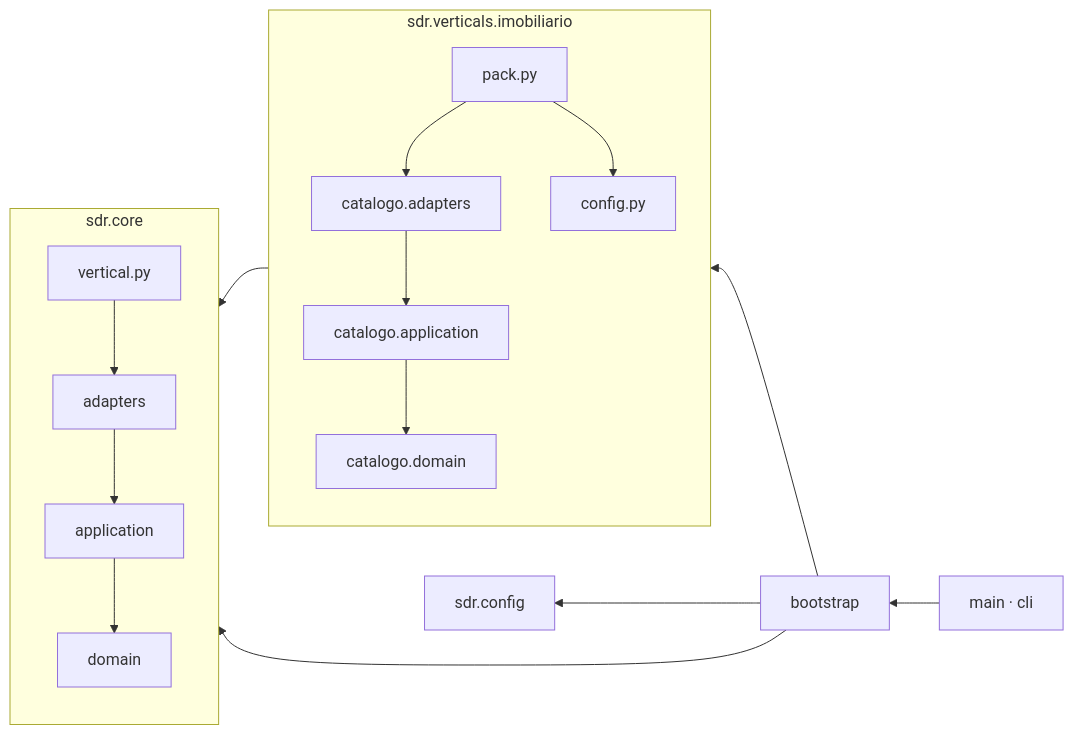
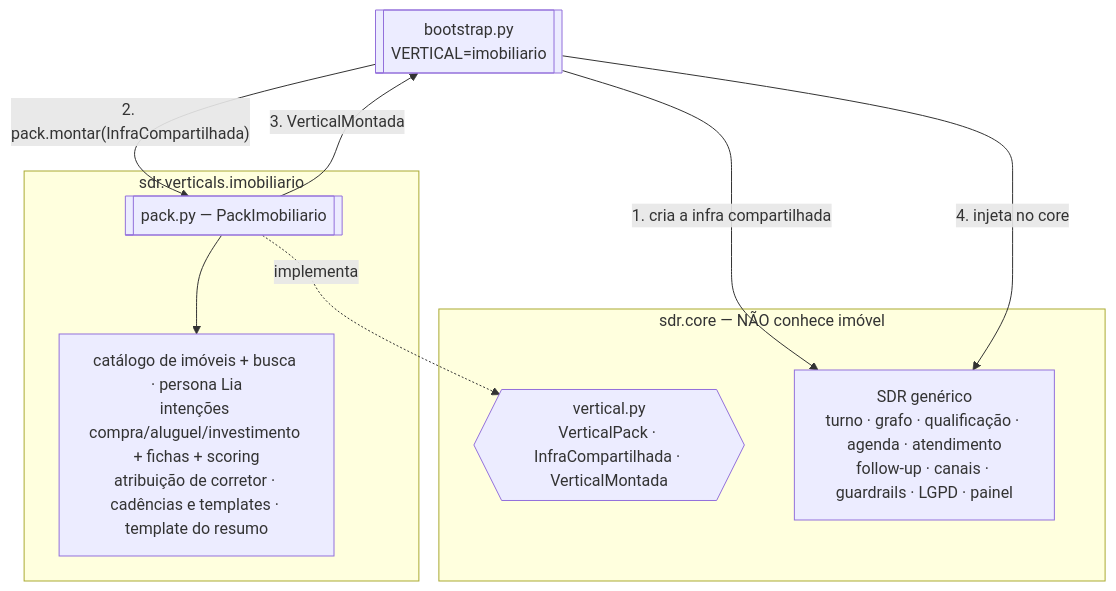
One commit to amaranini/tech-challenge-fase-5 changed the fourth of 13 diagrams in docs/arquitetura.md. Above: the diagram before and after it, drawn with Mermaid. The commit also changed other lines of this file and 22 other files, not shown here.

````diff
--- a/docs/arquitetura.md
+++ b/docs/arquitetura.md
@@ -160,16 +165,21 @@
 ```mermaid
-flowchart RL
-    subgraph core[sdr.core]
-        cadp[adapters] --> capp[application] --> cdom[domain]
-        cvert[vertical.py] --> cadp
+flowchart TB
+    boot[[bootstrap.py<br/>VERTICAL=imobiliario]]
+
+    subgraph core[sdr.core — NÃO conhece imóvel]
+        contrato{{vertical.py<br/>VerticalPack · InfraCompartilhada · VerticalMontada}}
+        generico[SDR genérico<br/>turno · grafo · qualificação · agenda · atendimento<br/>follow-up · canais · guardrails · LGPD · painel]
     end
+
     subgraph vert[sdr.verticals.imobiliario]
-        pack[pack.py] --> vadp[catalogo.adapters] --> vapp[catalogo.application] --> vdom[catalogo.domain]
-        pack --> vcfg[config.py]
+        pack[[pack.py — PackImobiliario]]
+        itens[catálogo de imóveis + busca · persona Lia<br/>intenções compra/aluguel/investimento + fichas + scoring<br/>atribuição de corretor · cadências e templates · template do resumo]
     end
-    vert --> core
-    bootstrap --> vert
-    bootstrap --> core
-    bootstrap --> config[sdr.config]
-    main_cli[main · cli] --> bootstrap
+
+    boot -- "1. cria a infra compartilhada" --> generico
+    boot -- "2. pack.montar(InfraCompartilhada)" --> pack
+    pack -. implementa .-> contrato
+    pack --> itens
+    pack -- "3. VerticalMontada" --> boot
+    boot -- "4. injeta no core" --> generico
 ```
````
